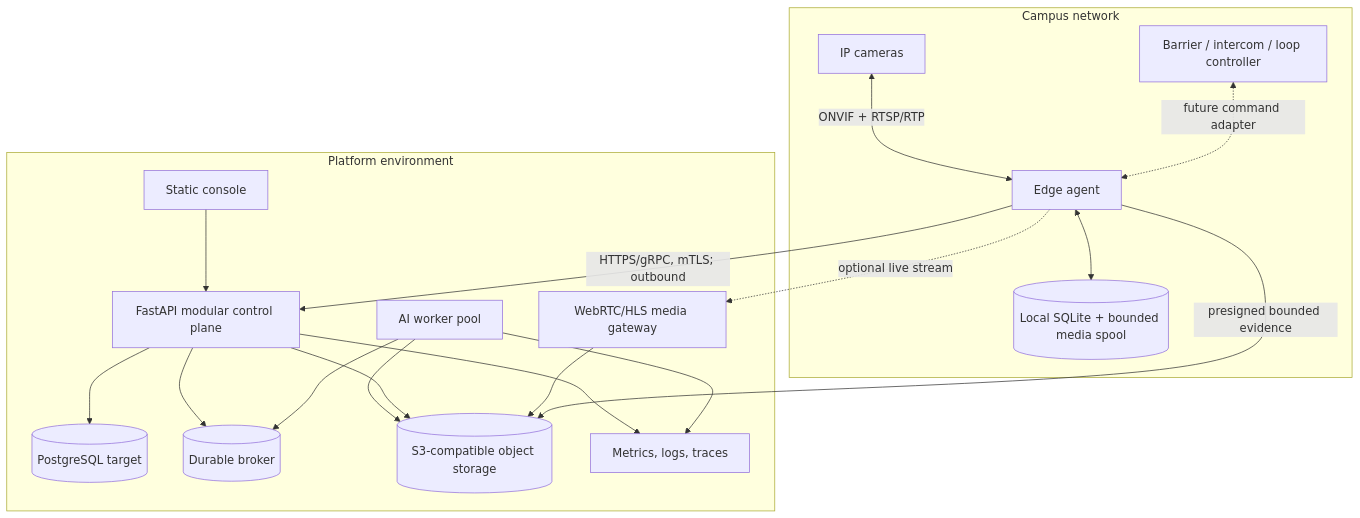
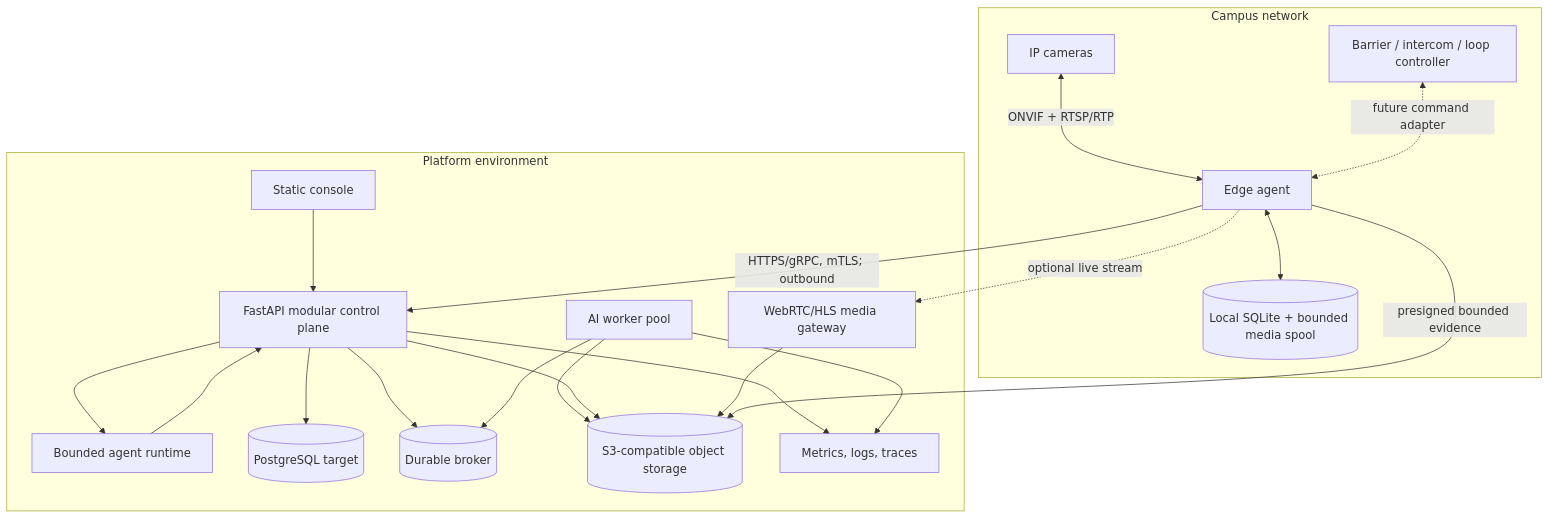
The second of 4 diagrams in docs/platform/architecture.md (Mohemed-Amine-Chalhy/number-plate-recognition), drawn with Mermaid before and after one commit. The commit also changed other lines of this file and 18 other files, not shown here.

Commit message:
docs(agentic): document architecture and operating boundaries

````diff
--- a/docs/platform/architecture.md
+++ b/docs/platform/architecture.md
@@ -106,36 +133,39 @@
 ```mermaid
 flowchart TB
     subgraph Campus[Campus network]
         Cameras[IP cameras]
         Controller[Barrier / intercom / loop controller]
         EdgeAgent[Edge agent]
         Spool[(Local SQLite + bounded media spool)]
         Cameras <-->|ONVIF + RTSP/RTP| EdgeAgent
         Controller <-. future command adapter .-> EdgeAgent
         EdgeAgent <--> Spool
     end
 
     subgraph Platform[Platform environment]
         Web[Static console]
         Control[FastAPI modular control plane]
+        Agent[Bounded agent runtime]
         DB[(PostgreSQL target)]
         Broker[(Durable broker)]
         Objects[(S3-compatible object storage)]
         AI[AI worker pool]
         Gateway[WebRTC/HLS media gateway]
         Observability[Metrics, logs, traces]
         Web --> Control
+        Control --> Agent
+        Agent --> Control
         Control --> DB
         Control --> Broker
         AI --> Broker
         AI --> Objects
         Control --> Objects
         Gateway --> Objects
         Control --> Observability
         AI --> Observability
     end
 
     EdgeAgent -->|HTTPS/gRPC, mTLS; outbound| Control
     EdgeAgent -->|presigned bounded evidence| Objects
     EdgeAgent -. optional live stream .-> Gateway
 ```
````
